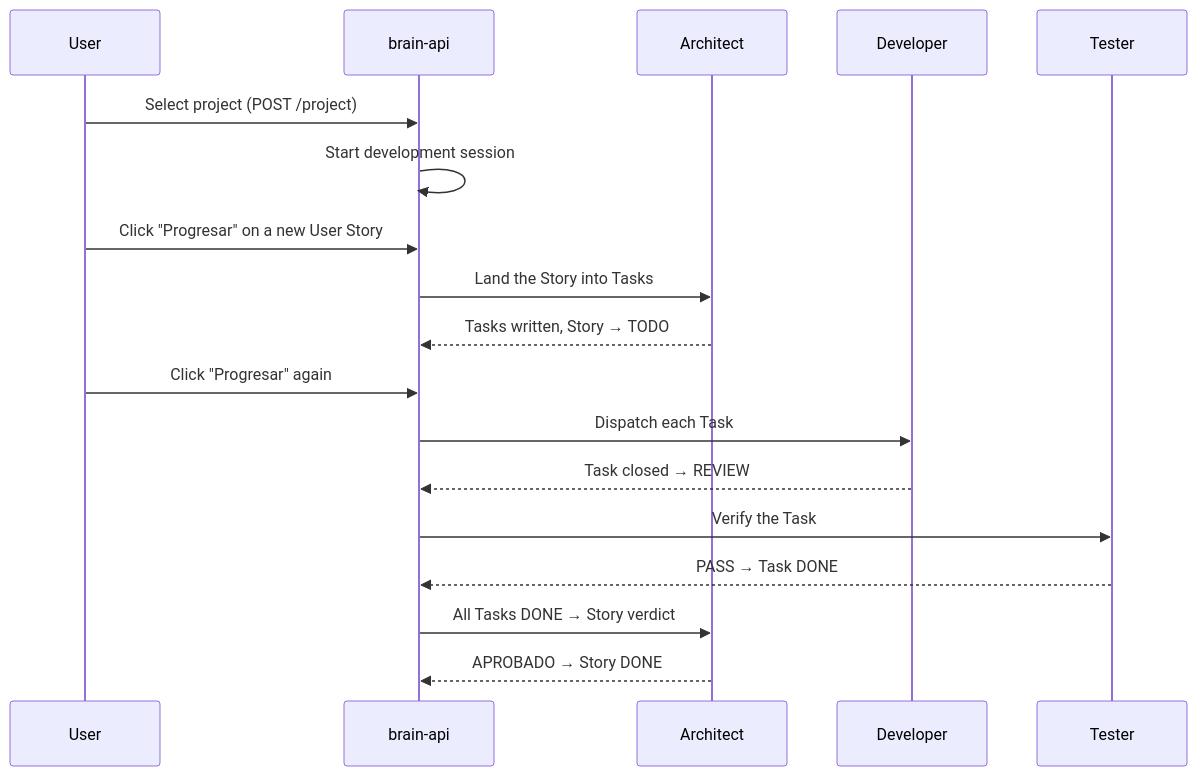
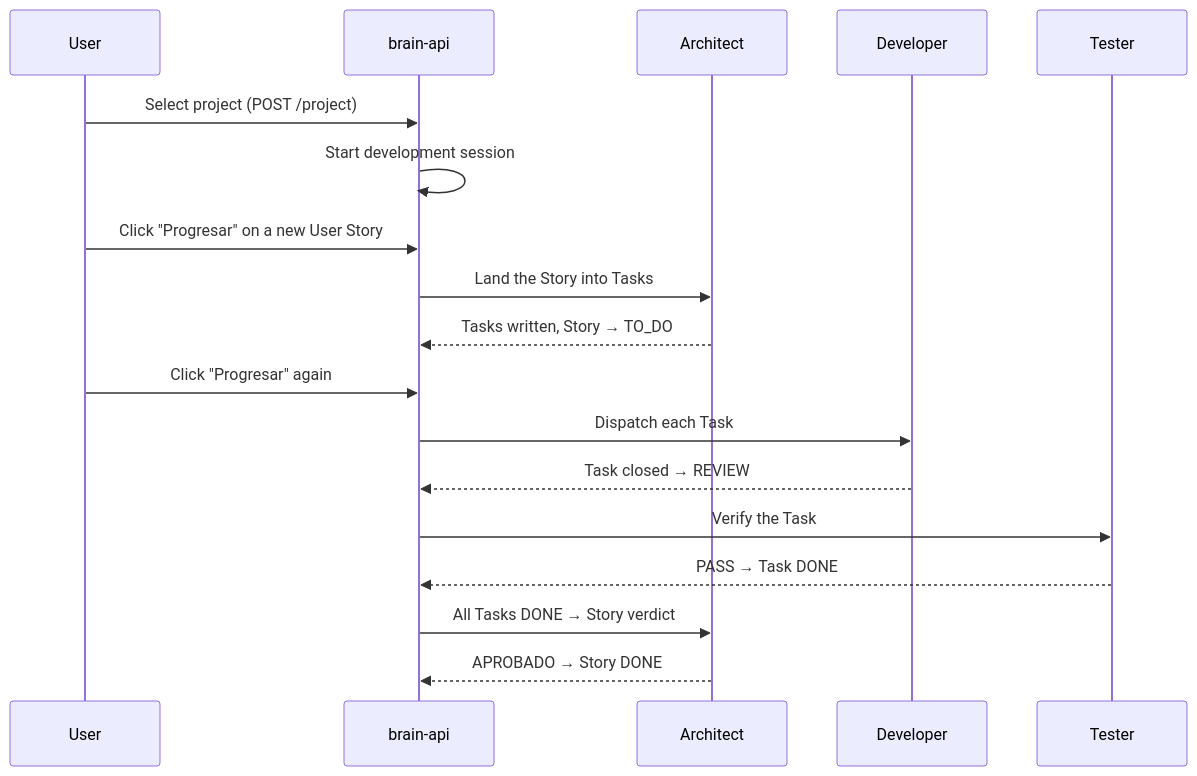
Before and after one commit to Yokosillo/atlas-forge: the diagram in docs/concepts.md, drawn with Mermaid. The commit also changed other lines of this file and 79 other files, not shown here.

First line of the commit message:
Unify backlog state vocabulary (TO_DO/FUERA_ROADMAP) and fix task landing pipeline

````diff
--- a/docs/concepts.md
+++ b/docs/concepts.md
@@ -62,21 +62,21 @@
 ```mermaid
 sequenceDiagram
     participant U as User
     participant B as brain-api
     participant A as Architect
     participant D as Developer
     participant T as Tester
 
     U->>B: Select project (POST /project)
     B->>B: Start development session
     U->>B: Click "Progresar" on a new User Story
     B->>A: Land the Story into Tasks
-    A-->>B: Tasks written, Story → TODO
+    A-->>B: Tasks written, Story → TO_DO
     U->>B: Click "Progresar" again
     B->>D: Dispatch each Task
     D-->>B: Task closed → REVIEW
     B->>T: Verify the Task
     T-->>B: PASS → Task DONE
     B->>A: All Tasks DONE → Story verdict
     A-->>B: APROBADO → Story DONE
 ```
````
